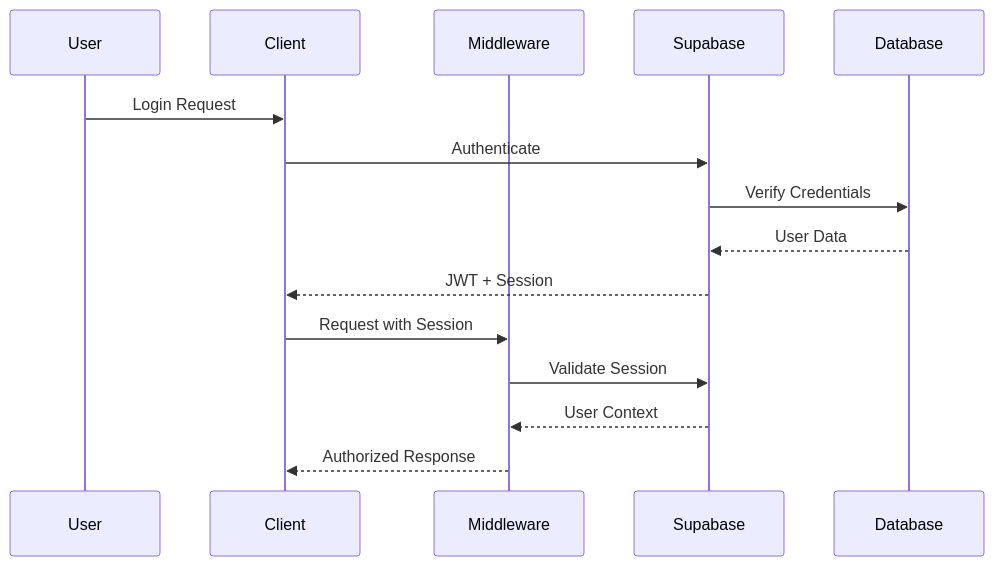
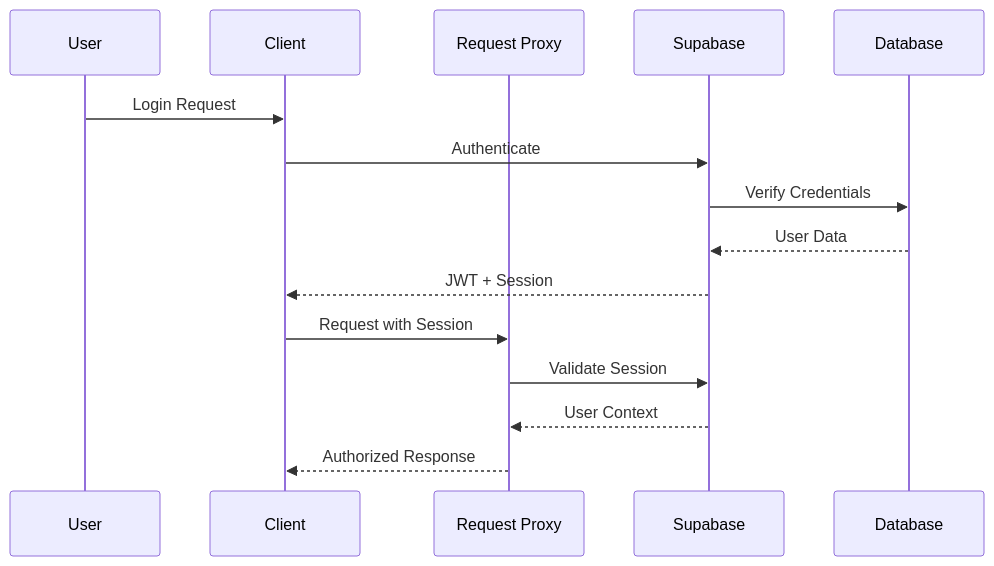
One commit to mmerlone/ywybase changed the diagram in docs/security.md. Above: the diagram before and after it, drawn with Mermaid. The commit also changed other lines of this file and 9 other files, not shown here.

Commit message:
docs: align middleware terminology with request proxy naming

````diff
--- a/docs/security.md
+++ b/docs/security.md
@@ -69,18 +69,18 @@
 ```mermaid
 sequenceDiagram
     participant U as User
     participant C as Client
-    participant M as Middleware
+    participant P as Request Proxy
     participant S as Supabase
     participant D as Database
 
     U->>C: Login Request
     C->>S: Authenticate
     S->>D: Verify Credentials
     D-->>S: User Data
     S-->>C: JWT + Session
-    C->>M: Request with Session
-    M->>S: Validate Session
-    S-->>M: User Context
-    M-->>C: Authorized Response
+    C->>P: Request with Session
+    P->>S: Validate Session
+    S-->>P: User Context
+    P-->>C: Authorized Response
 ```
````
